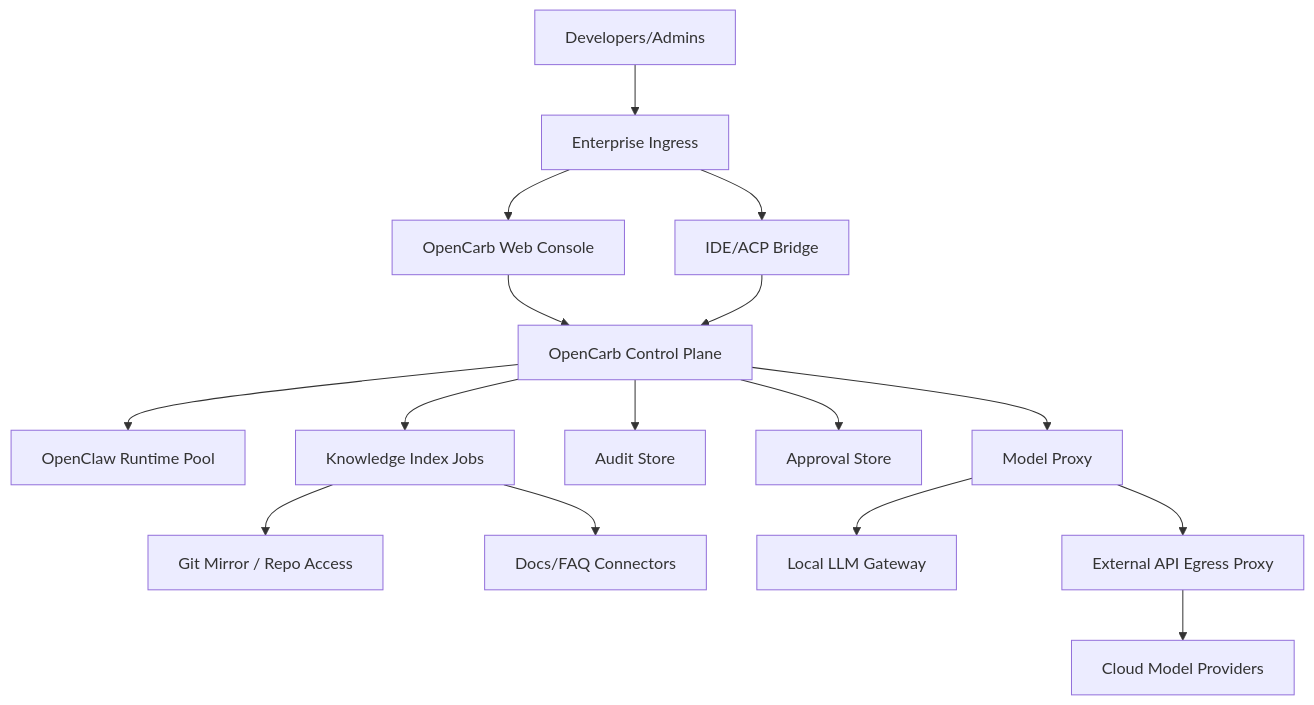
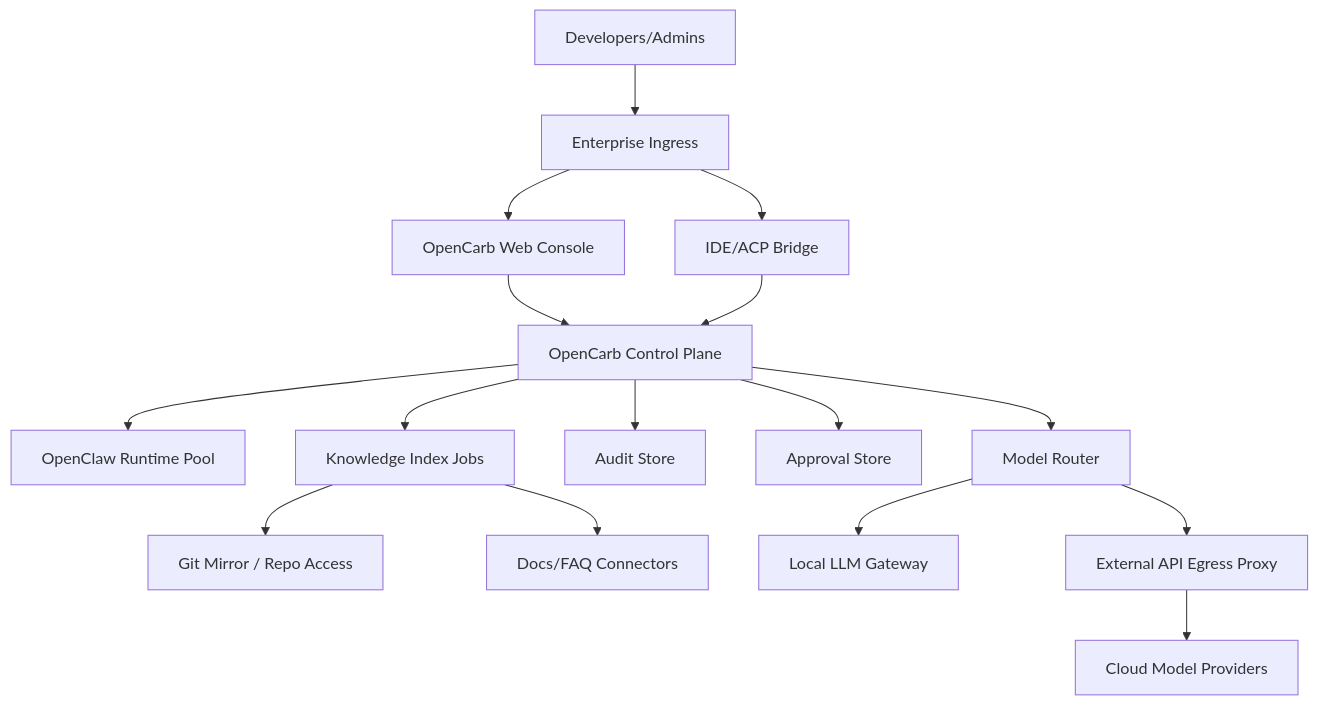
Before and after one commit to TigerYY/OpenCrab: the diagram in Docs/OpenCarb/OpenCarb-Deployment-Security.md, drawn with Mermaid. The commit also changed other lines of this file and 107 other files, not shown here.

````diff
--- a/Docs/OpenCarb/OpenCarb-Deployment-Security.md
+++ b/Docs/OpenCarb/OpenCarb-Deployment-Security.md
@@ -22,18 +22,18 @@
 ```mermaid
 flowchart TD
     users["Developers/Admins"] --> ingress["Enterprise Ingress"]
     ingress --> webConsole["OpenCarb Web Console"]
     ingress --> ideBridge["IDE/ACP Bridge"]
     webConsole --> controlPlane["OpenCarb Control Plane"]
     ideBridge --> controlPlane
     controlPlane --> runtimePool["OpenClaw Runtime Pool"]
     controlPlane --> knowledgeJobs["Knowledge Index Jobs"]
     controlPlane --> auditStore["Audit Store"]
     controlPlane --> approvalStore["Approval Store"]
-    controlPlane --> modelProxy["Model Proxy"]
+    controlPlane --> modelRouter["Model Router"]
     knowledgeJobs --> gitMirror["Git Mirror / Repo Access"]
     knowledgeJobs --> docConnectors["Docs/FAQ Connectors"]
-    modelProxy --> localModels["Local LLM Gateway"]
-    modelProxy --> externalApiProxy["External API Egress Proxy"]
+    modelRouter --> localModels["Local LLM Gateway"]
+    modelRouter --> externalApiProxy["External API Egress Proxy"]
     externalApiProxy --> cloudModels["Cloud Model Providers"]
 ```
````
